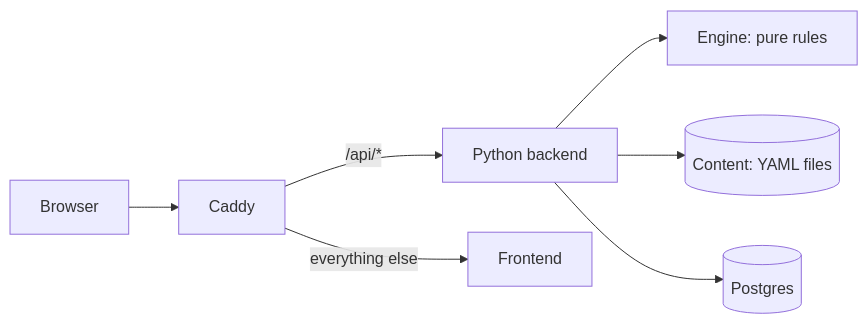
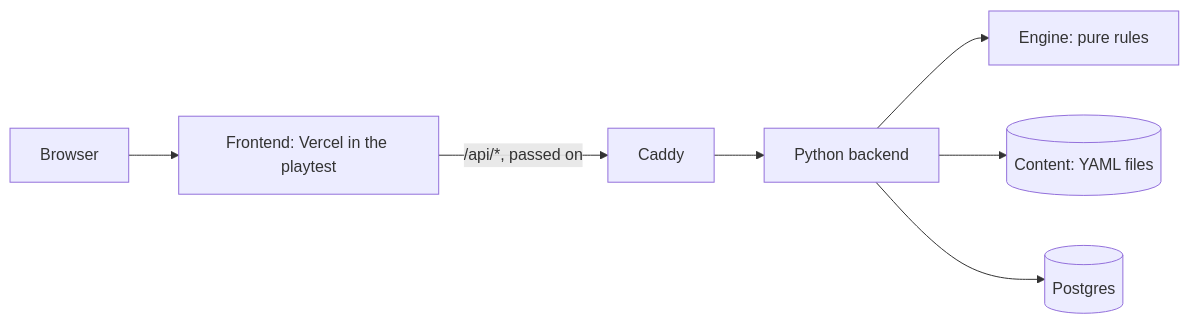
One commit to IBE160-2026/G13-dahl-eggen-naess-ring changed the first of 3 diagrams in .docs/planning-artifacts/architecture/architecture-IBE160-G13-2026-11-09/SOLUTION-DESIGN.md. Above: the diagram before and after it, drawn with Mermaid. The commit also changed other lines of this file and 5 other files, not shown here.

First line of the commit message:
Arkitektur og PRD: frontend på Vercel, reset-lenke, spillerinfo og e-post én gang (#91, #50)

````diff
--- a/.docs/planning-artifacts/architecture/architecture-IBE160-G13-2026-11-09/SOLUTION-DESIGN.md
+++ b/.docs/planning-artifacts/architecture/architecture-IBE160-G13-2026-11-09/SOLUTION-DESIGN.md
@@ -29,9 +29,9 @@
 ```mermaid
 flowchart LR
-    B[Browser] --> C[Caddy]
-    C -->|/api/*| BE[Python backend]
-    C -->|everything else| FE[Frontend]
+    B[Browser] --> F[Frontend: Vercel in the playtest]
+    F -->|/api/*, passed on| C[Caddy]
+    C --> BE[Python backend]
     BE --> E[Engine: pure rules]
     BE --> Y[(Content: YAML files)]
     BE --> DB[(Postgres)]
 ```
````
